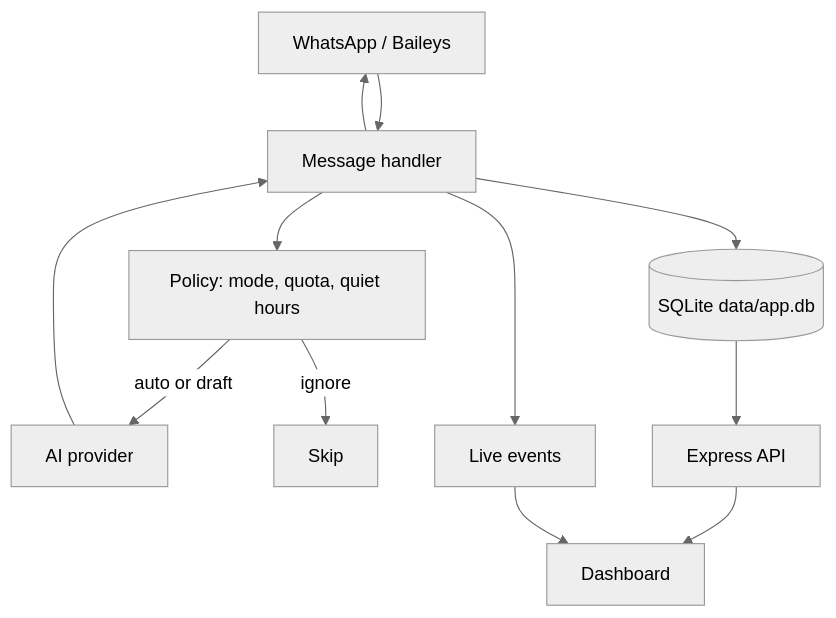
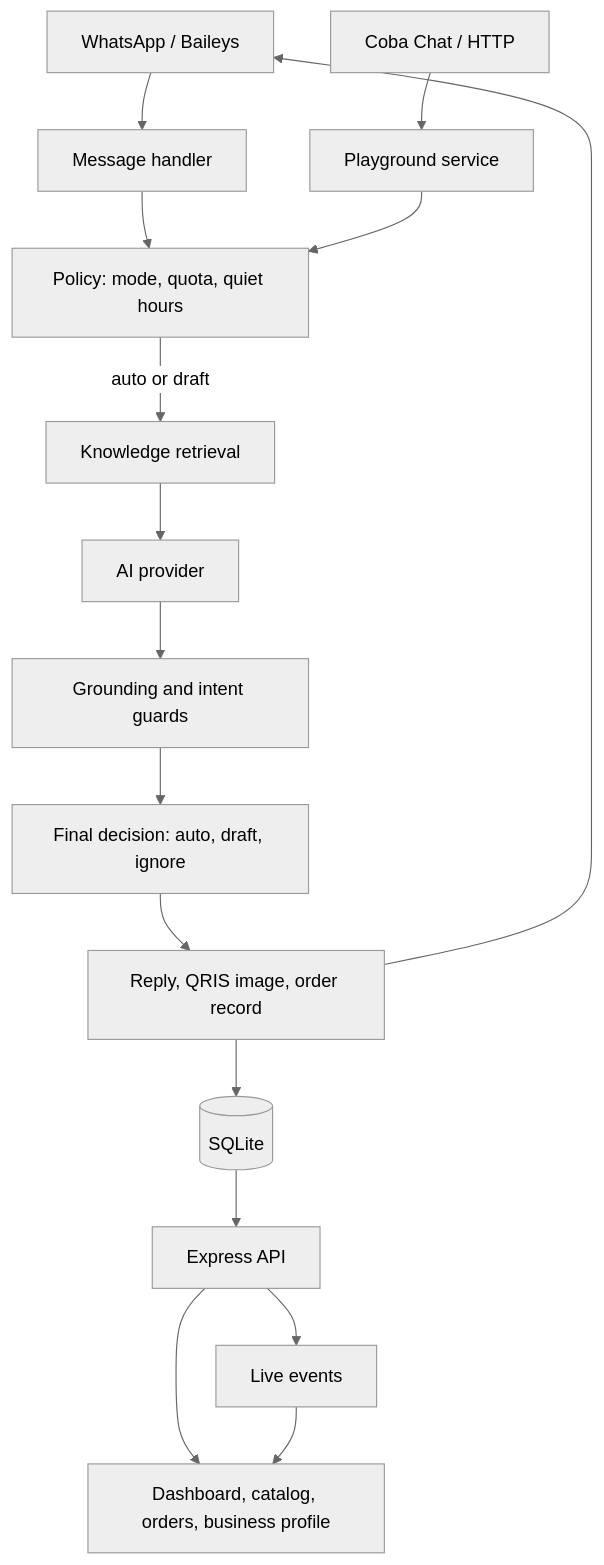
Before and after one commit to CheztaGenZ/Tutur-Umkm-Assistant: the diagram in docs/ARCHITECTURE.md, drawn with Mermaid (neutral theme). The commit also changed other lines of this file and 32 other files, not shown here.

````diff
--- a/docs/ARCHITECTURE.md
+++ b/docs/ARCHITECTURE.md
@@ -5,14 +5,18 @@
 ```mermaid
 flowchart TD
   WA[WhatsApp / Baileys] --> H[Message handler]
-  H --> P[Policy: mode, quota, quiet hours]
-  P -->|auto or draft| AI[AI provider]
-  P -->|ignore| X[Skip]
-  AI --> H
-  H --> DB[(SQLite data/app.db)]
-  H --> WA
-  H --> SSE[Live events]
+  WEB[Coba Chat / HTTP] --> PG[Playground service]
+  H --> POL[Policy: mode, quota, quiet hours]
+  PG --> POL
+  POL -->|auto or draft| RET[Knowledge retrieval]
+  RET --> AI[AI provider]
+  AI --> GATE[Grounding and intent guards]
+  GATE --> POL2[Final decision: auto, draft, ignore]
+  POL2 --> OUT[Reply, QRIS image, order record]
+  OUT --> WA
+  OUT --> DB[(SQLite)]
   DB --> API[Express API]
-  API --> UI[Dashboard]
+  API --> UI[Dashboard, catalog, orders, business profile]
+  API --> SSE[Live events]
   SSE --> UI
 ```
````
